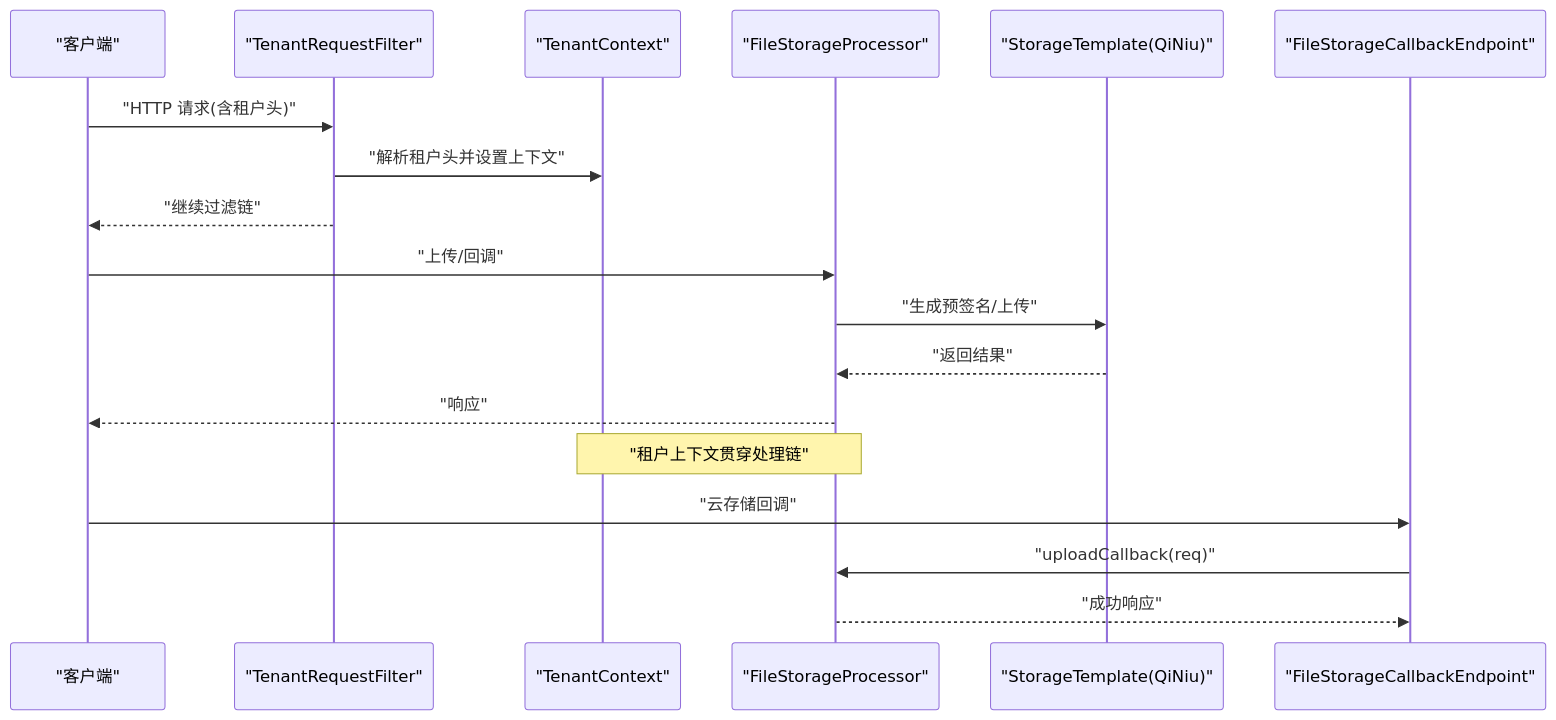
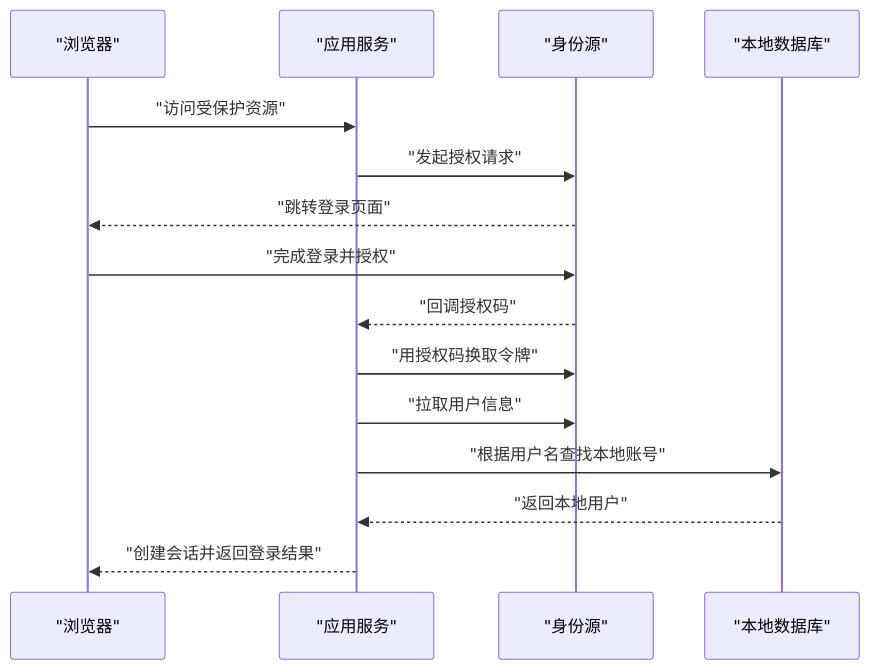
One commit to LiukewenSC/kewen-framework changed the second of 6 diagrams in .qoder/repowiki/zh/content/故障排除/故障排除.md. Above: the diagram before and after it, drawn with Mermaid. The commit also changed other lines of this file and 195 other files, not shown here.

````diff
--- a/.qoder/repowiki/zh/content/故障排除/故障排除.md
+++ b/.qoder/repowiki/zh/content/故障排除/故障排除.md
@@ -133,20 +133,18 @@
 ```mermaid
 sequenceDiagram
-participant C as "客户端"
-participant F as "TenantRequestFilter"
-participant T as "TenantContext"
-participant P as "FileStorageProcessor"
-participant S as "StorageTemplate(QiNiu)"
-participant E as "FileStorageCallbackEndpoint"
-C->>F : "HTTP 请求(含租户头)"
-F->>T : "解析租户头并设置上下文"
-F-->>C : "继续过滤链"
-C->>P : "上传/回调"
-P->>S : "生成预签名/上传"
-S-->>P : "返回结果"
-P-->>C : "响应"
-Note over P,T : "租户上下文贯穿处理链"
-C->>E : "云存储回调"
-E->>P : "uploadCallback(req)"
-P-->>E : "成功响应"
+    participant Client as "浏览器"
+    participant App as "应用服务"
+    participant IdP as "身份源"
+    participant DB as "本地数据库"
+
+    Client->>App: "访问受保护资源"
+    App->>IdP: "发起授权请求"
+    IdP-->>Client: "跳转登录页面"
+    Client->>IdP: "完成登录并授权"
+    IdP-->>App: "回调授权码"
+    App->>IdP: "用授权码换取令牌"
+    App->>IdP: "拉取用户信息"
+    App->>DB: "根据用户名查找本地账号"
+    DB-->>App: "返回本地用户"
+    App-->>Client: "创建会话并返回登录结果"
 ```
````
